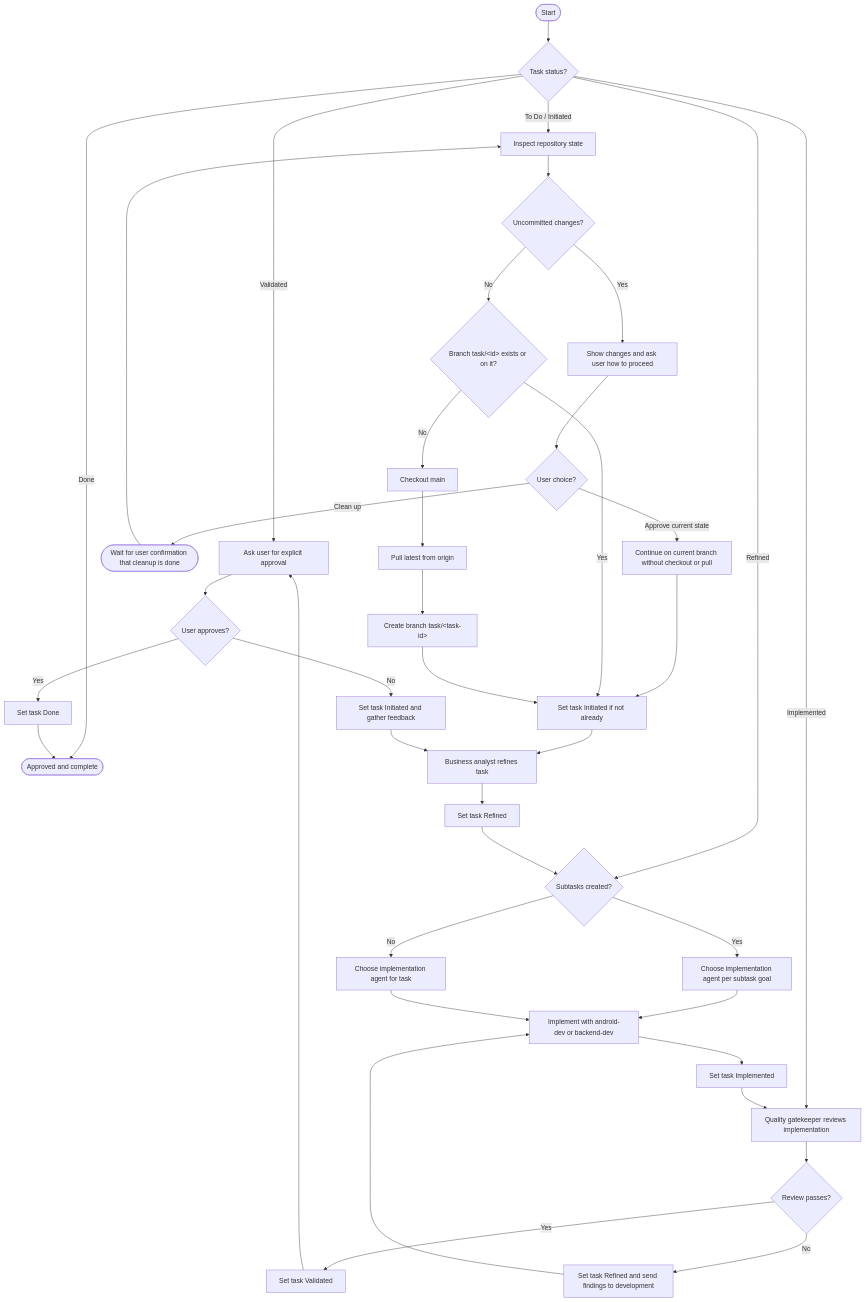
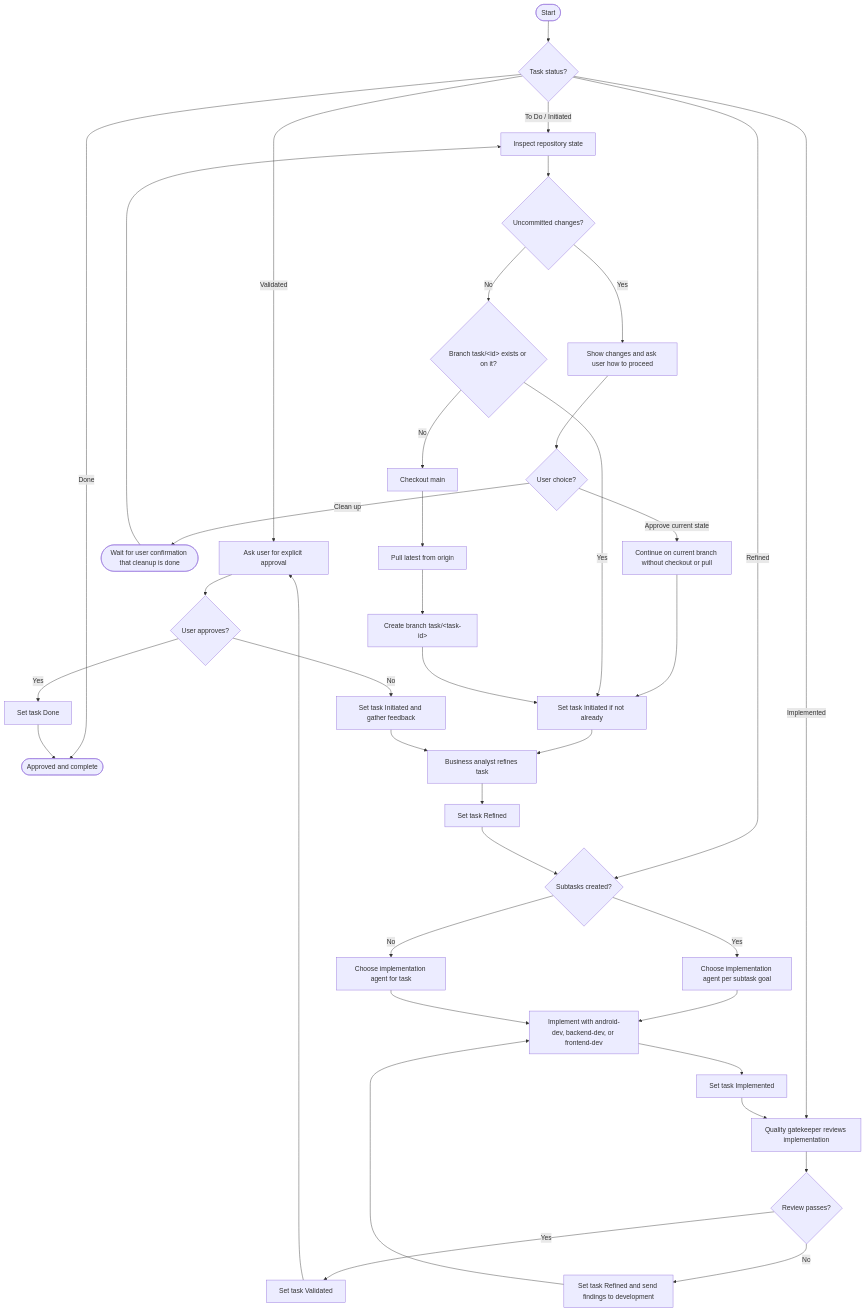
The diagram in skills/coordination-task/references/workflow.md (lyndametref/opencode-dev-workflow), drawn with Mermaid before and after one commit. The commit also changed other lines of this file and 7 other files, not shown here.

Commit message:
add frontend-dev

````diff
--- a/skills/coordination-task/references/workflow.md
+++ b/skills/coordination-task/references/workflow.md
@@ -13,42 +13,42 @@
 ```mermaid
 flowchart TD
     START([Start]) --> RESUME{Task status?}
     RESUME -- Done --> DONE([Approved and complete])
     RESUME -- Validated --> T[Ask user for explicit approval]
     RESUME -- Implemented --> P[Quality gatekeeper reviews implementation]
     RESUME -- Refined --> K{Subtasks created?}
     RESUME -- "To Do / Initiated" --> B[Inspect repository state]
 
     B --> C{Uncommitted changes?}
     C -- Yes --> D[Show changes and ask user how to proceed]
     D --> CHOICE{User choice?}
     CHOICE -- Clean up --> CLEANUP([Wait for user confirmation that cleanup is done])
     CLEANUP --> B
     CHOICE -- Approve current state --> CURRENT[Continue on current branch without checkout or pull]
     CURRENT --> H[Set task Initiated]
     C -- No --> E{Branch task/&lt;id&gt; exists or on it?}
     E -- Yes --> H
     E -- No --> F[Checkout main]
     F --> G[Pull latest from origin]
     G --> H2[Create branch task/&lt;task-id&gt;]
     H2 --> H
     H[Set task Initiated if not already] --> I[Business analyst refines task]
     I --> J[Set task Refined]
     J --> K
     K -- Yes --> L[Choose implementation agent per subtask goal]
     K -- No --> M[Choose implementation agent for task]
-    L --> N[Implement with android-dev or backend-dev]
+    L --> N[Implement with android-dev, backend-dev, or frontend-dev]
     M --> N
     N --> O[Set task Implemented]
     O --> P
     P --> Q{Review passes?}
     Q -- No --> R[Set task Refined and send findings to development]
     R --> N
     Q -- Yes --> S[Set task Validated]
     S --> T
     T --> U{User approves?}
     U -- No --> V[Set task Initiated and gather feedback]
     V --> I
     U -- Yes --> W[Set task Done]
     W --> DONE
 ```
````
